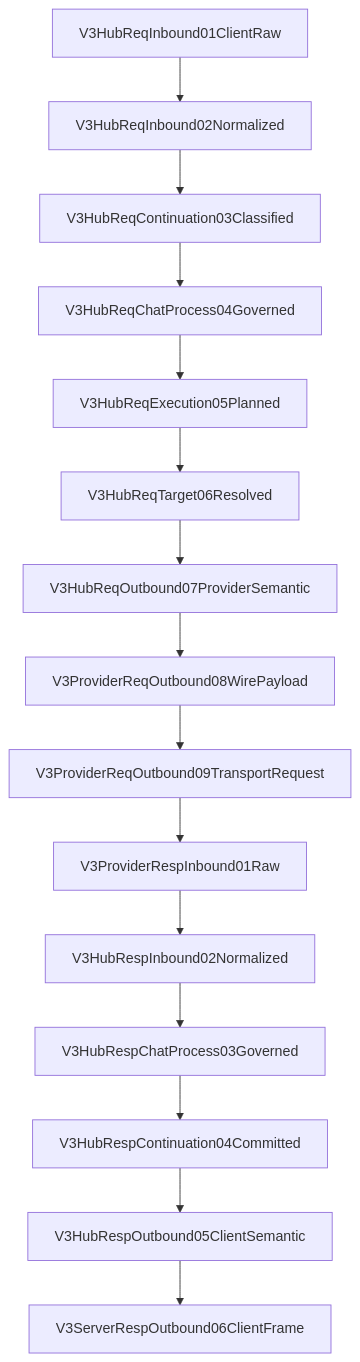
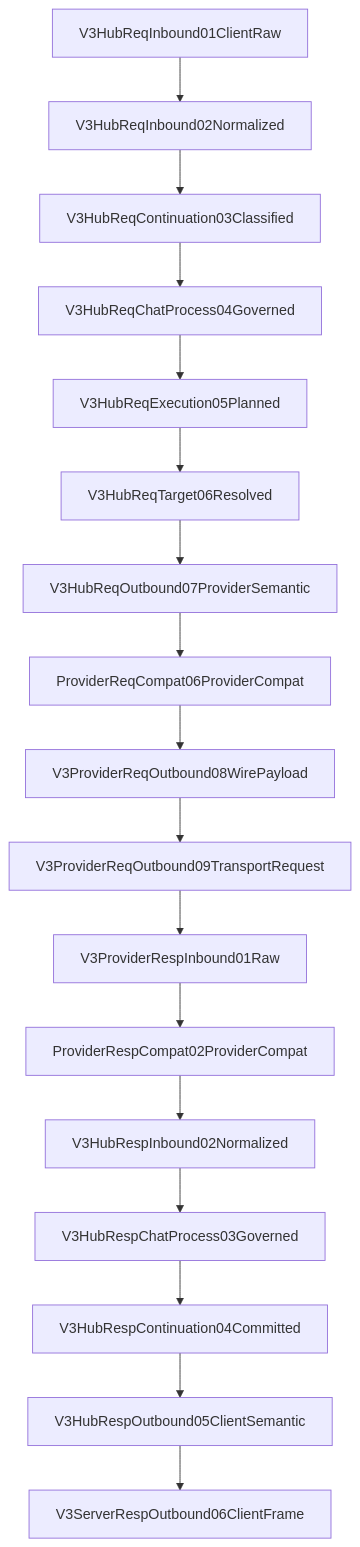
Before and after one commit to Jasonzhangf/routecodex: the first of 2 diagrams in docs/architecture/wiki/v3-hub-relay-fixed-pipeline.md, drawn with Mermaid. The commit also changed other lines of this file and 71 other files, not shown here.

```diff
--- a/docs/architecture/wiki/v3-hub-relay-fixed-pipeline.md
+++ b/docs/architecture/wiki/v3-hub-relay-fixed-pipeline.md
@@ -14,17 +14,19 @@
 ~~~mermaid
 flowchart TD
   R1[V3HubReqInbound01ClientRaw] --> R2[V3HubReqInbound02Normalized]
   R2 --> R3[V3HubReqContinuation03Classified]
   R3 --> R4[V3HubReqChatProcess04Governed]
   R4 --> R5[V3HubReqExecution05Planned]
   R5 --> R6[V3HubReqTarget06Resolved]
   R6 --> R7[V3HubReqOutbound07ProviderSemantic]
-  R7 --> R8[V3ProviderReqOutbound08WirePayload]
+  R7 --> C6[ProviderReqCompat06ProviderCompat]
+  C6 --> R8[V3ProviderReqOutbound08WirePayload]
   R8 --> R9[V3ProviderReqOutbound09TransportRequest]
   R9 --> P1[V3ProviderRespInbound01Raw]
-  P1 --> S2[V3HubRespInbound02Normalized]
+  P1 --> PC2[ProviderRespCompat02ProviderCompat]
+  PC2 --> S2[V3HubRespInbound02Normalized]
   S2 --> S3[V3HubRespChatProcess03Governed]
   S3 --> S4[V3HubRespContinuation04Committed]
   S4 --> S5[V3HubRespOutbound05ClientSemantic]
   S5 --> S6[V3ServerRespOutbound06ClientFrame]
 ~~~
```
